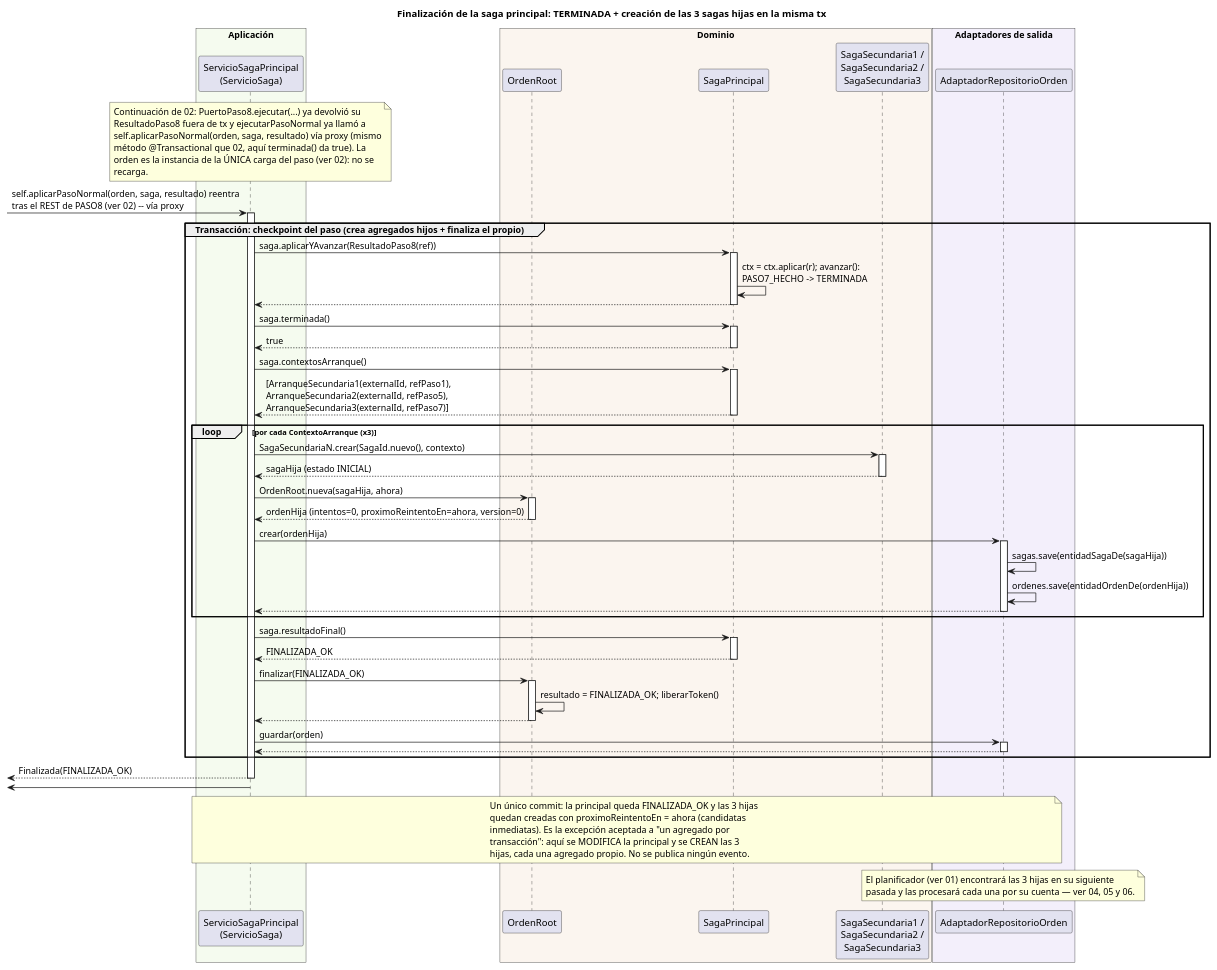
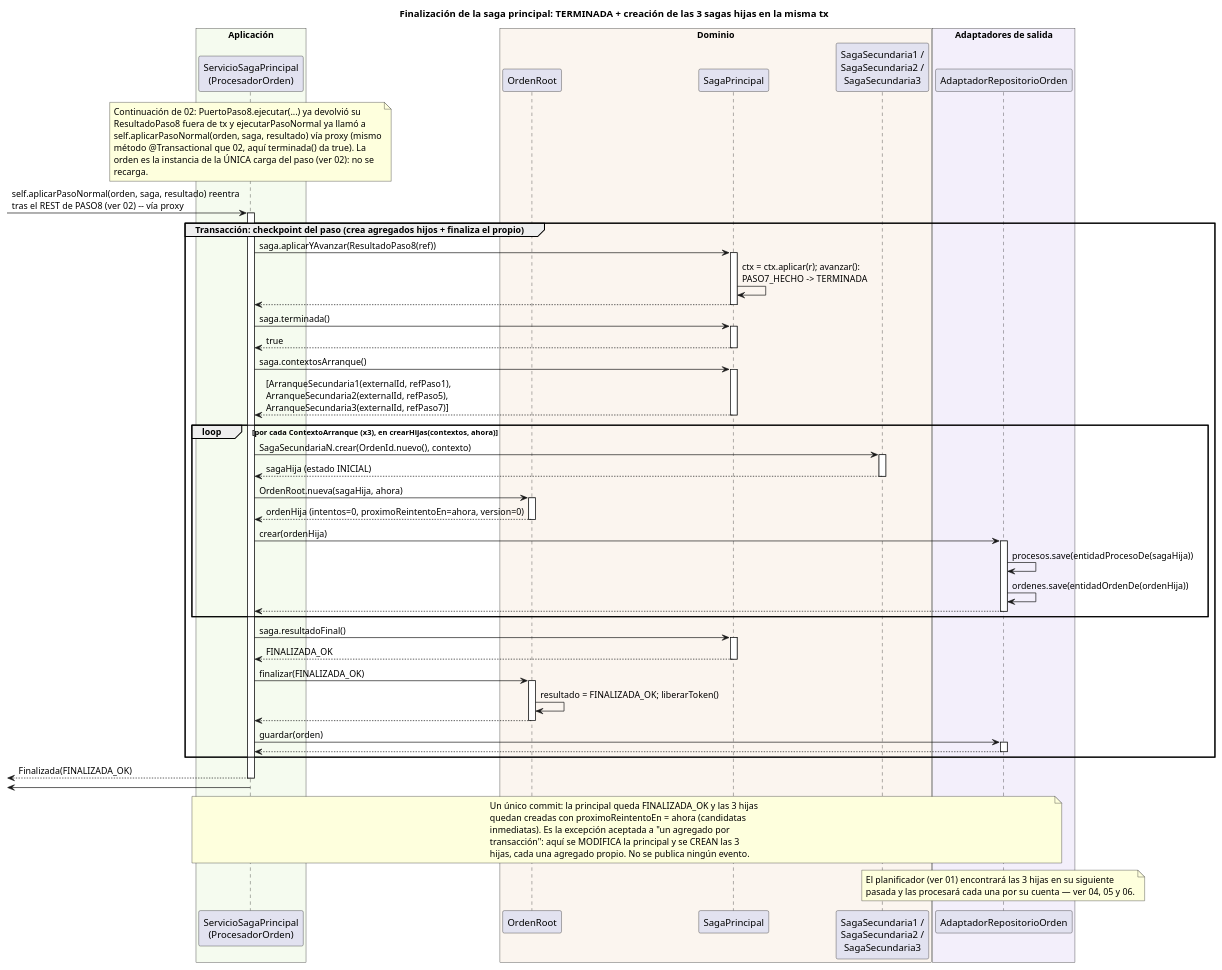
One commit to ralcazar/patrones changed the diagram in order-manager/docs/03-finalizacion-saga-principal.puml. Above: the diagram before and after it, drawn with PlantUML. The commit also changed 48 other files, not shown here.

First line of the commit message:
Paso 7: sincronizar diagramas y docs con la separación ordermanager/sagas

```diff
--- a/order-manager/docs/03-finalizacion-saga-principal.puml
+++ b/order-manager/docs/03-finalizacion-saga-principal.puml
@@ -1,73 +1,73 @@
 @startuml 03-finalizacion-saga-principal
 title Finalización de la saga principal: TERMINADA + creación de las 3 sagas hijas en la misma tx
 
 box "Aplicación" #F5FBEF
-  participant "ServicioSagaPrincipal\n(ServicioSaga)" as ORQ
+  participant "ServicioSagaPrincipal\n(ProcesadorOrden)" as ORQ
 end box
 box "Dominio" #FBF5EF
   participant "OrdenRoot" as ORDEN
   participant "SagaPrincipal" as SAGA
   participant "SagaSecundaria1 /\nSagaSecundaria2 /\nSagaSecundaria3" as HIJAS
 end box
 box "Adaptadores de salida" #F3EFFB
   participant "AdaptadorRepositorioOrden" as REPO
 end box
 
 note over ORQ
   Continuación de 02: PuertoPaso8.ejecutar(...) ya devolvió su
   ResultadoPaso8 fuera de tx y ejecutarPasoNormal ya llamó a
   self.aplicarPasoNormal(orden, saga, resultado) vía proxy (mismo
   método @Transactional que 02, aquí terminada() da true). La
   orden es la instancia de la ÚNICA carga del paso (ver 02): no se
   recarga.
 end note
 
 [-> ORQ : self.aplicarPasoNormal(orden, saga, resultado) reentra\ntras el REST de PASO8 (ver 02) -- vía proxy
 activate ORQ
 
 group Transacción: checkpoint del paso (crea agregados hijos + finaliza el propio)
   ORQ -> SAGA ++ : saga.aplicarYAvanzar(ResultadoPaso8(ref))
   SAGA -> SAGA : ctx = ctx.aplicar(r); avanzar():\nPASO7_HECHO -> TERMINADA
   return
   ORQ -> SAGA ++ : saga.terminada()
   return true
 
   ORQ -> SAGA ++ : saga.contextosArranque()
   return [ArranqueSecundaria1(externalId, refPaso1),\nArranqueSecundaria2(externalId, refPaso5),\nArranqueSecundaria3(externalId, refPaso7)]
 
-  loop por cada ContextoArranque (x3)
-    ORQ -> HIJAS ++ : SagaSecundariaN.crear(SagaId.nuevo(), contexto)
+  loop por cada ContextoArranque (x3), en crearHijas(contextos, ahora)
+    ORQ -> HIJAS ++ : SagaSecundariaN.crear(OrdenId.nuevo(), contexto)
     return sagaHija (estado INICIAL)
     ORQ -> ORDEN ++ : OrdenRoot.nueva(sagaHija, ahora)
     return ordenHija (intentos=0, proximoReintentoEn=ahora, version=0)
     ORQ -> REPO ++ : crear(ordenHija)
-    REPO -> REPO : sagas.save(entidadSagaDe(sagaHija))
+    REPO -> REPO : procesos.save(entidadProcesoDe(sagaHija))
     REPO -> REPO : ordenes.save(entidadOrdenDe(ordenHija))
     return
   end
 
   ORQ -> SAGA ++ : saga.resultadoFinal()
   return FINALIZADA_OK
   ORQ -> ORDEN ++ : finalizar(FINALIZADA_OK)
   ORDEN -> ORDEN : resultado = FINALIZADA_OK; liberarToken()
   return
   ORQ -> REPO ++ : guardar(orden)
   return
 end
 return Finalizada(FINALIZADA_OK)
 [<- ORQ
 deactivate ORQ
 
 note over ORQ, REPO
   Un único commit: la principal queda FINALIZADA_OK y las 3 hijas
   quedan creadas con proximoReintentoEn = ahora (candidatas
   inmediatas). Es la excepción aceptada a "un agregado por
   transacción": aquí se MODIFICA la principal y se CREAN las 3
   hijas, cada una agregado propio. No se publica ningún evento.
 end note
 
 note over REPO
   El planificador (ver 01) encontrará las 3 hijas en su siguiente
   pasada y las procesará cada una por su cuenta — ver 04, 05 y 06.
 end note
 @enduml
```
